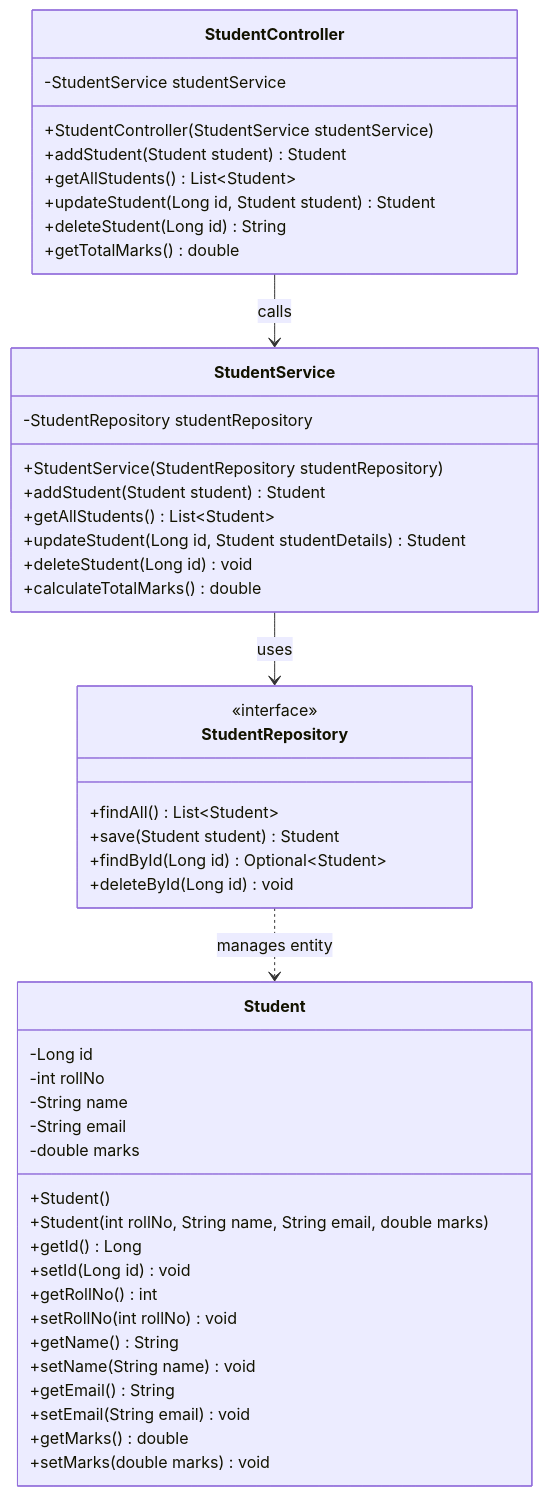
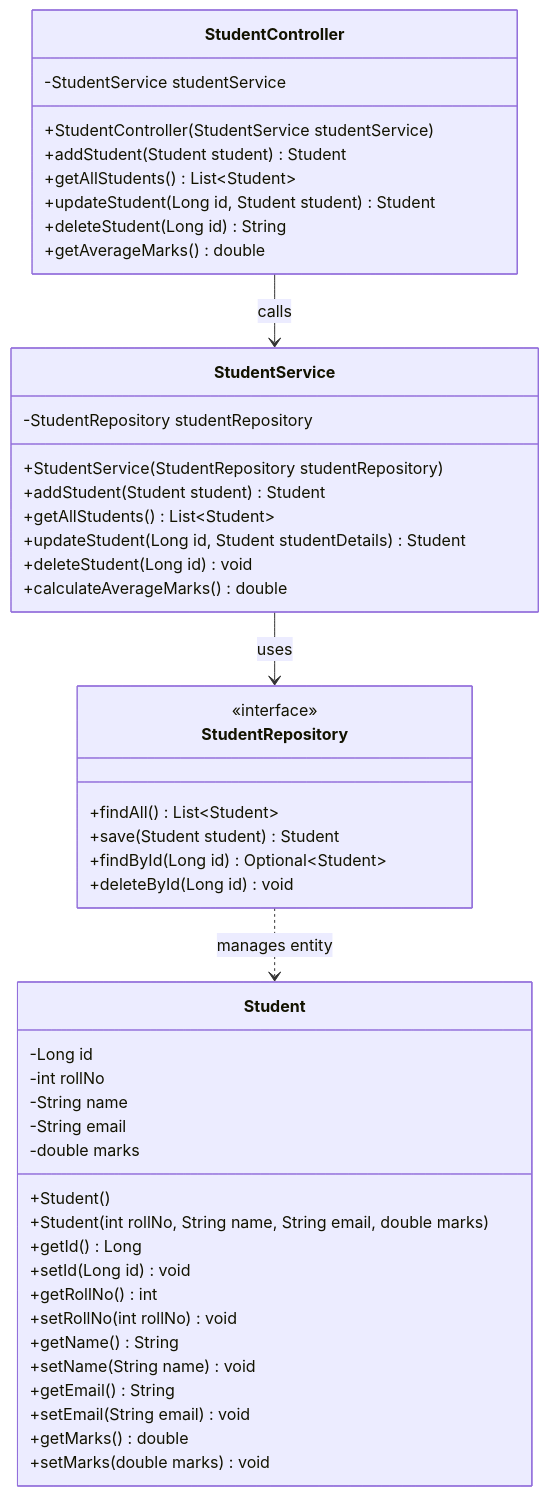
The second of 2 diagrams in README.md (Abek1278/student_managment), drawn with Mermaid before and after one commit. The commit also changed other lines of this file, not shown here.

Commit message:
Update README with average marks calculation and clean UI layout

````diff
--- a/README.md
+++ b/README.md
@@ -103,54 +103,54 @@
 ```mermaid
 classDiagram
     class Student {
         -Long id
         -int rollNo
         -String name
         -String email
         -double marks
         +Student()
         +Student(int rollNo, String name, String email, double marks)
         +getId() Long
         +setId(Long id) void
         +getRollNo() int
         +setRollNo(int rollNo) void
         +getName() String
         +setName(String name) void
         +getEmail() String
         +setEmail(String email) void
         +getMarks() double
         +setMarks(double marks) void
     }
 
     class StudentRepository {
         <<interface>>
         +findAll() List~Student~
         +save(Student student) Student
         +findById(Long id) Optional~Student~
         +deleteById(Long id) void
     }
 
     class StudentService {
         -StudentRepository studentRepository
         +StudentService(StudentRepository studentRepository)
         +addStudent(Student student) Student
         +getAllStudents() List~Student~
         +updateStudent(Long id, Student studentDetails) Student
         +deleteStudent(Long id) void
-        +calculateTotalMarks() double
+        +calculateAverageMarks() double
     }
 
     class StudentController {
         -StudentService studentService
         +StudentController(StudentService studentService)
         +addStudent(Student student) Student
         +getAllStudents() List~Student~
         +updateStudent(Long id, Student student) Student
         +deleteStudent(Long id) String
-        +getTotalMarks() double
+        +getAverageMarks() double
     }
 
     StudentController --> StudentService : calls
     StudentService --> StudentRepository : uses
     StudentRepository ..> Student : manages entity
 ```
````
